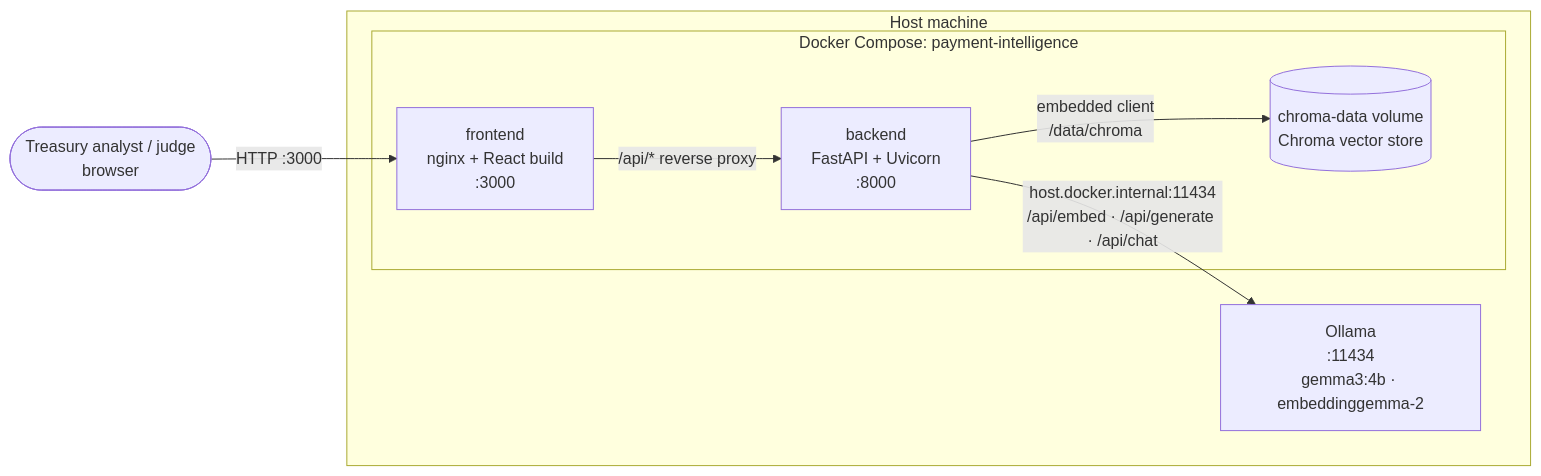
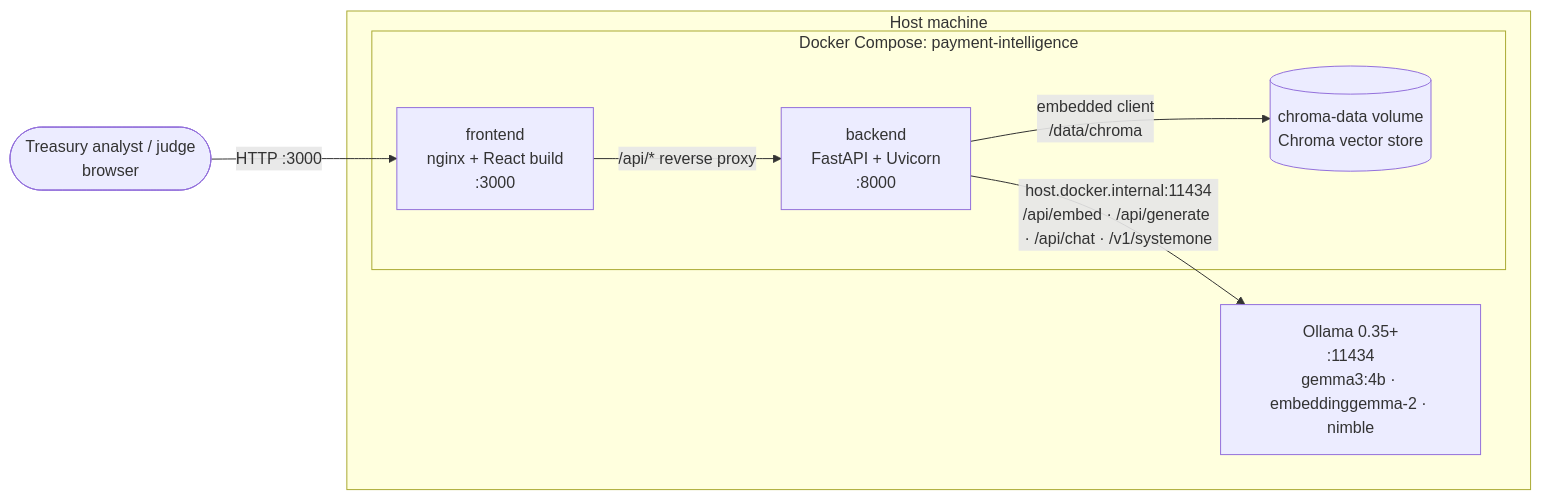
One commit to rajatrao/payment_intelligence changed the first of 8 diagrams in docs/ARCHITECTURE.md. Above: the diagram before and after it, drawn with Mermaid. The commit also changed other lines of this file and 9 other files, not shown here.

First line of the commit message:
Use Ollama's decision API for the Card Optimizer

````diff
--- a/docs/ARCHITECTURE.md
+++ b/docs/ARCHITECTURE.md
@@ -32,16 +32,16 @@
 ```mermaid
 flowchart LR
     user([Treasury analyst / judge<br/>browser])
     subgraph host["Host machine"]
         subgraph docker["Docker Compose: payment-intelligence"]
             fe["frontend<br/>nginx + React build<br/>:3000"]
             be["backend<br/>FastAPI + Uvicorn<br/>:8000"]
             vol[("chroma-data volume<br/>Chroma vector store")]
         end
-        ollama["Ollama<br/>:11434<br/>gemma3:4b · embeddinggemma-2"]
+        ollama["Ollama 0.35+<br/>:11434<br/>gemma3:4b · embeddinggemma-2 · nimble"]
     end
     user -- "HTTP :3000" --> fe
     fe -- "/api/* reverse proxy" --> be
     be -- "embedded client<br/>/data/chroma" --> vol
-    be -- "host.docker.internal:11434<br/>/api/embed · /api/generate · /api/chat" --> ollama
+    be -- "host.docker.internal:11434<br/>/api/embed · /api/generate · /api/chat · /v1/systemone" --> ollama
 ```
````
